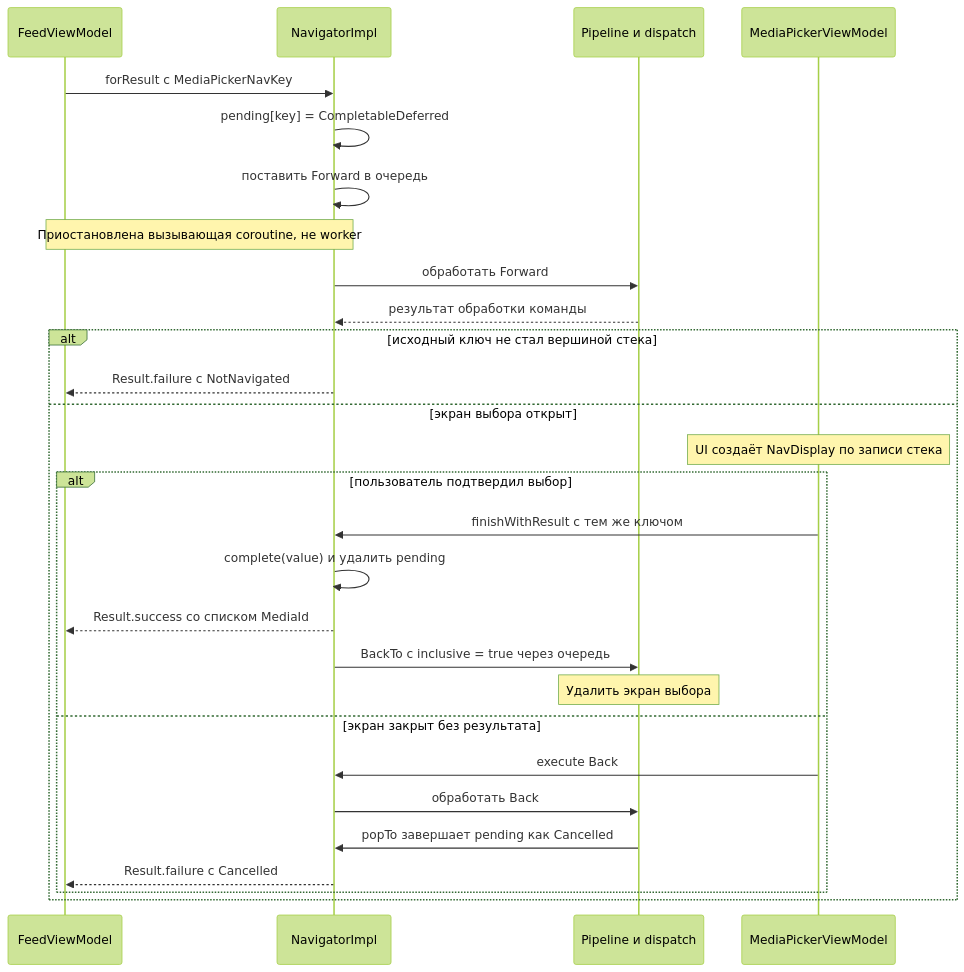
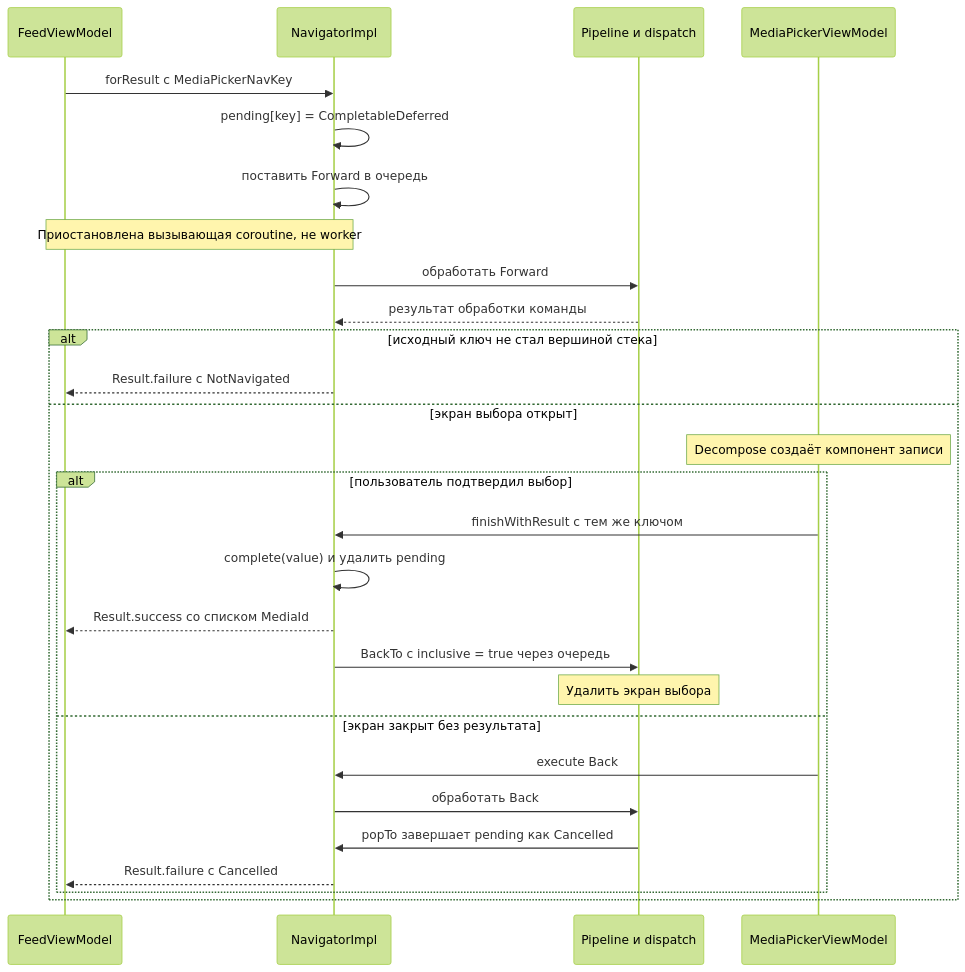
One commit to akma302/NavPlayground changed the fourth of 6 diagrams in docs/navigation.md. Above: the diagram before and after it, drawn with Mermaid (forest theme). The commit also changed other lines of this file and 26 other files, not shown here.

````diff
--- a/docs/navigation.md
+++ b/docs/navigation.md
@@ -127,30 +129,30 @@
 ```mermaid
 sequenceDiagram
     participant F as FeedViewModel
     participant N as NavigatorImpl
     participant P as Pipeline и dispatch
     participant M as MediaPickerViewModel
     F->>N: forResult с MediaPickerNavKey
     N->>N: pending[key] = CompletableDeferred
     N->>N: поставить Forward в очередь
     Note over F,N: Приостановлена вызывающая coroutine, не worker
     N->>P: обработать Forward
     P-->>N: результат обработки команды
     alt исходный ключ не стал вершиной стека
         N-->>F: Result.failure с NotNavigated
     else экран выбора открыт
-        Note over M: UI создаёт NavDisplay по записи стека
+        Note over M: Decompose создаёт компонент записи
         alt пользователь подтвердил выбор
             M->>N: finishWithResult с тем же ключом
             N->>N: complete(value) и удалить pending
             N-->>F: Result.success со списком MediaId
             N->>P: BackTo с inclusive = true через очередь
             Note over P: Удалить экран выбора
         else экран закрыт без результата
             M->>N: execute Back
             N->>P: обработать Back
             P->>N: popTo завершает pending как Cancelled
             N-->>F: Result.failure с Cancelled
         end
     end
 ```
````
